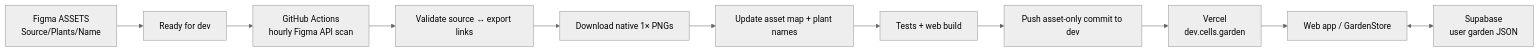
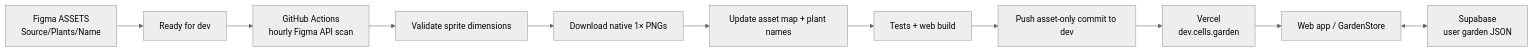
One commit to cells-garden/cells.garden changed the diagram in docs/new-plant-automation.md. Above: the diagram before and after it, drawn with Mermaid (neutral theme). The commit also changed other lines of this file and 5 other files, not shown here.

````diff
--- a/docs/new-plant-automation.md
+++ b/docs/new-plant-automation.md
@@ -31,13 +32,13 @@
 ```mermaid
 flowchart LR
   A["Figma ASSETS<br/>Source/Plants/Name"] --> B["Ready for dev"]
   B --> C["GitHub Actions<br/>hourly Figma API scan"]
-  C --> D["Validate source ↔ export links"]
+  C --> D["Validate sprite dimensions"]
   D --> E["Download native 1× PNGs"]
   E --> F["Update asset map + plant names"]
   F --> G["Tests + web build"]
   G --> H["Push asset-only commit to dev"]
   H --> I["Vercel<br/>dev.cells.garden"]
   I --> J["Web app / GardenStore"]
   J <--> K["Supabase<br/>user garden JSON"]
 ```
````
